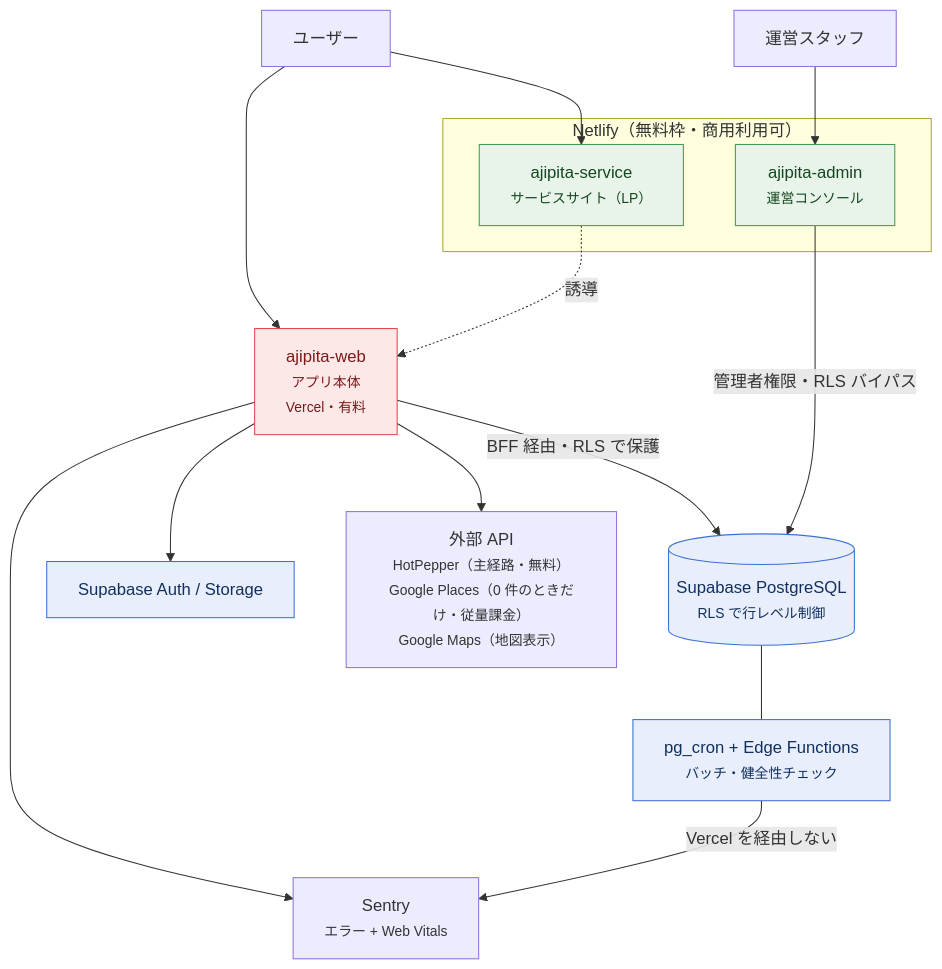
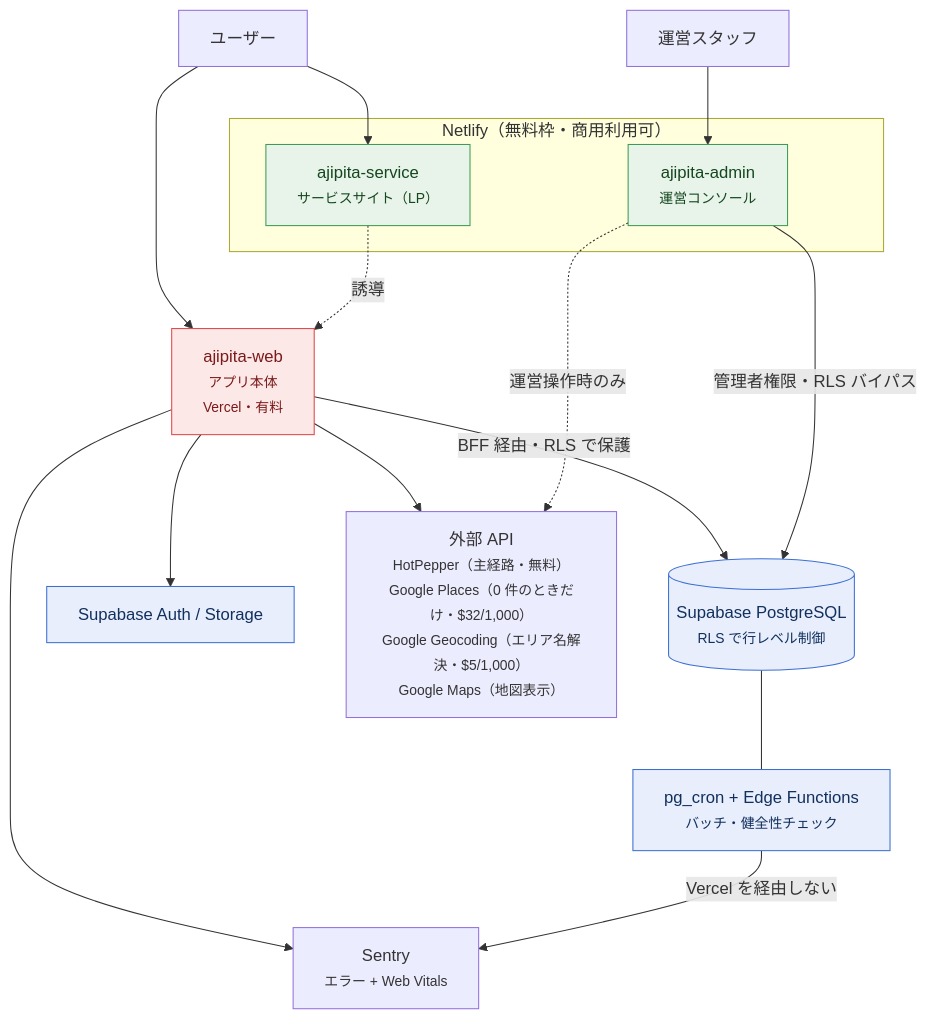
Before and after one commit to tzptzptzptzptzp/ajipita-inside: the first of 4 diagrams in docs/diagrams.md, drawn with Mermaid. The commit also changed other lines of this file and 12 other files, not shown here.

First line of the commit message:
🔍 第2回監査の指摘を反映（構成図の事実誤り4件）

````diff
--- a/docs/diagrams.md
+++ b/docs/diagrams.md
@@ -28,40 +28,41 @@
 ```mermaid
 flowchart TB
     U["ユーザー"]
     OP["運営スタッフ"]
 
     WEB["ajipita-web<br/><small>アプリ本体<br/>Vercel・有料</small>"]
 
     subgraph netlify["Netlify（無料枠・商用利用可）"]
         SERVICE["ajipita-service<br/><small>サービスサイト（LP）</small>"]
         ADMIN["ajipita-admin<br/><small>運営コンソール</small>"]
     end
 
     DB[("Supabase PostgreSQL<br/><small>RLS で行レベル制御</small>")]
     SBX["Supabase Auth / Storage"]
     CRON["pg_cron + Edge Functions<br/><small>バッチ・健全性チェック</small>"]
 
-    EXT["外部 API<br/><small>HotPepper（主経路・無料）<br/>Google Places（0 件のときだけ・従量課金）<br/>Google Maps（地図表示）</small>"]
+    EXT["外部 API<br/><small>HotPepper（主経路・無料）<br/>Google Places（0 件のときだけ・$32/1,000）<br/>Google Geocoding（エリア名解決・$5/1,000）<br/>Google Maps（地図表示）</small>"]
     SENTRY["Sentry<br/><small>エラー + Web Vitals</small>"]
 
     U --> SERVICE
     U --> WEB
     OP --> ADMIN
     SERVICE -.->|"誘導"| WEB
 
     WEB -->|"BFF 経由・RLS で保護"| DB
     ADMIN -->|"管理者権限・RLS バイパス"| DB
     WEB --> SBX
     WEB --> EXT
+    ADMIN -.->|"運営操作時のみ"| EXT
     WEB --> SENTRY
 
     DB --- CRON
     CRON -->|"Vercel を経由しない"| SENTRY
 
     classDef paid fill:#fde8e8,stroke:#e04747,color:#7a1a1a
     classDef free fill:#e8f4ea,stroke:#3d9c52,color:#14471f
     classDef data fill:#e8eefc,stroke:#3b6fd4,color:#12305e
     class WEB paid
     class SERVICE,ADMIN free
     class DB,SBX,CRON data
 ```
````
